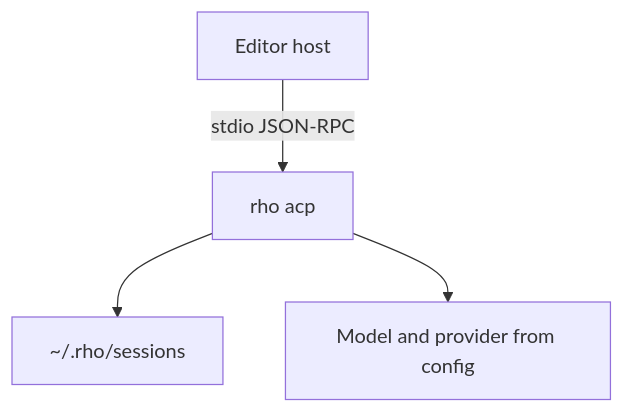
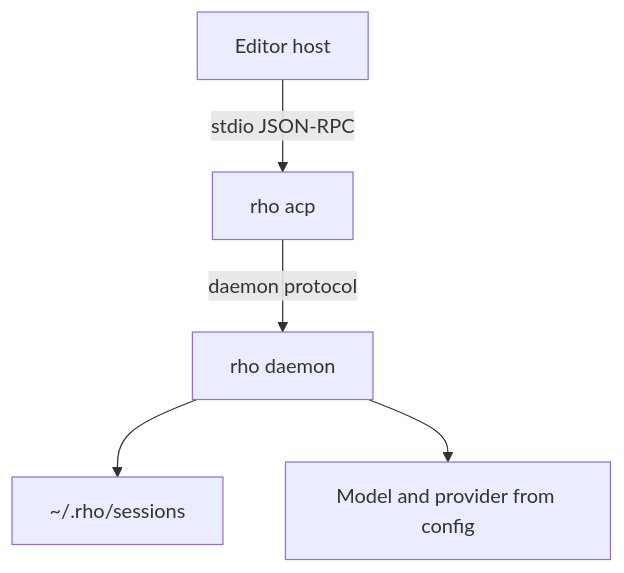
One commit to matthewyjiang/rho changed the diagram in docs/integrations/acp.md. Above: the diagram before and after it, drawn with Mermaid. The commit also changed other lines of this file and 13 other files, not shown here.

Commit message:
docs(acp): describe rho acp as a daemon client

````diff
--- a/docs/integrations/acp.md
+++ b/docs/integrations/acp.md
@@ -7,6 +7,7 @@
 ```mermaid
 flowchart TD
     host[Editor host] -->|stdio JSON-RPC| acp["rho acp"]
-    acp --> store["~/.rho/sessions"]
-    acp --> model[Model and provider from config]
+    acp -->|daemon protocol| daemon[rho daemon]
+    daemon --> store["~/.rho/sessions"]
+    daemon --> model[Model and provider from config]
 ```
````
